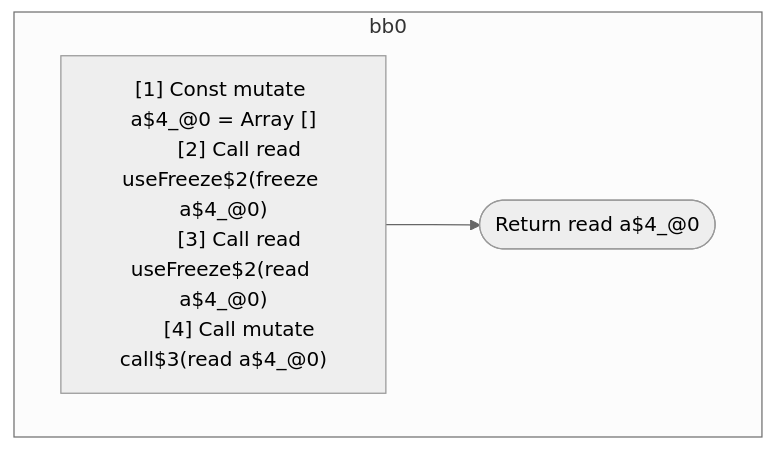
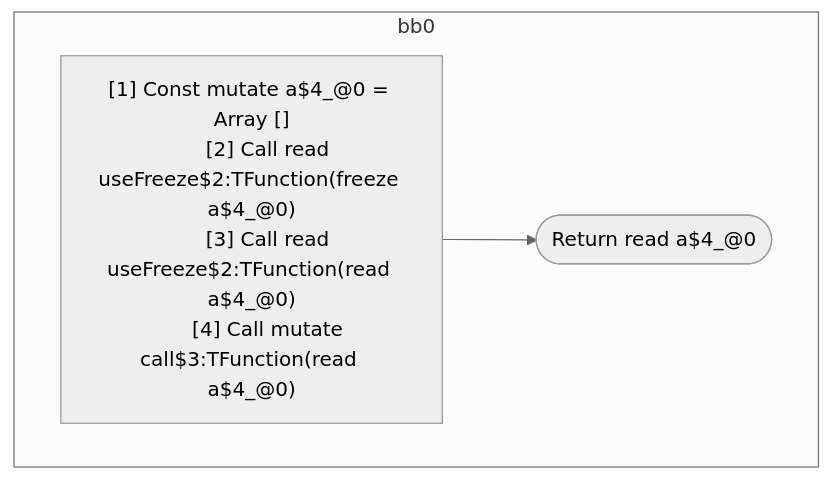
Before and after one commit to wutsmog/private: the first of 3 diagrams in compiler/forget/src/__tests__/fixtures/hir/hooks-freeze-arguments.expect.md, drawn with Mermaid (neutral theme). The commit also changed other lines of this file and 112 other files, not shown here.

````diff
--- a/compiler/forget/src/__tests__/fixtures/hir/hooks-freeze-arguments.expect.md
+++ b/compiler/forget/src/__tests__/fixtures/hir/hooks-freeze-arguments.expect.md
@@ -48,16 +48,16 @@
 ```mermaid
 flowchart TB
   %% Basic Blocks
   subgraph bb0
     bb0_instrs["
       [1] Const mutate a$4_@0 = Array []
-      [2] Call read useFreeze$2(freeze a$4_@0)
-      [3] Call read useFreeze$2(read a$4_@0)
-      [4] Call mutate call$3(read a$4_@0)
+      [2] Call read useFreeze$2:TFunction(freeze a$4_@0)
+      [3] Call read useFreeze$2:TFunction(read a$4_@0)
+      [4] Call mutate call$3:TFunction(read a$4_@0)
     "]
     bb0_instrs --> bb0_terminal(["Return read a$4_@0"])
   end
 
   %% Jumps
   %% empty
 ```
````
